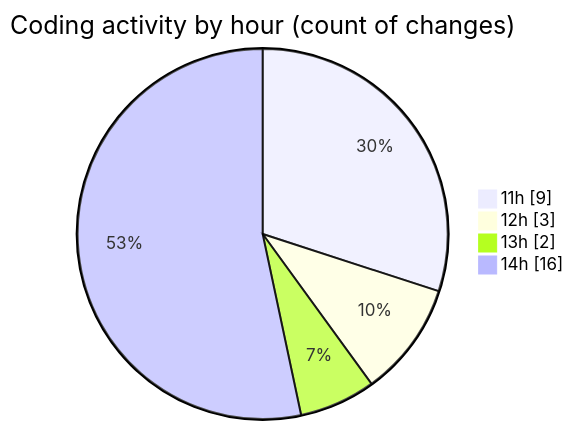
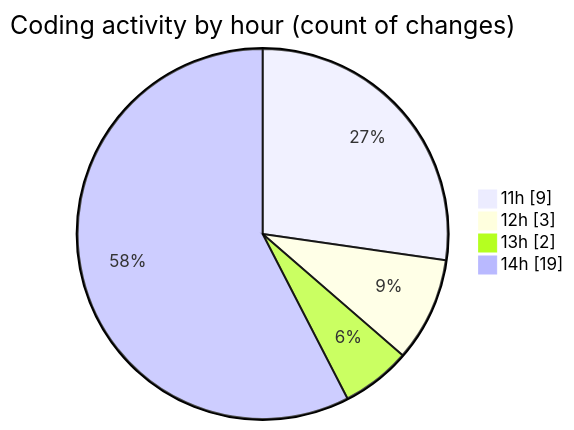
One commit to CELIANVF/code-tracking changed the second of 2 diagrams in 2025-01-21/monteur_automatique/README.md. Above: the diagram before and after it, drawn with Mermaid. The commit also changed other lines of this file and 1 other file, not shown here.

````diff
--- a/2025-01-21/monteur_automatique/README.md
+++ b/2025-01-21/monteur_automatique/README.md
@@ -32,8 +32,8 @@
 ```mermaid
 pie showData
 title Coding activity by hour (count of changes)
 "11h" : 9
 "12h" : 3
 "13h" : 2
-"14h" : 16
+"14h" : 19
 ```
````
